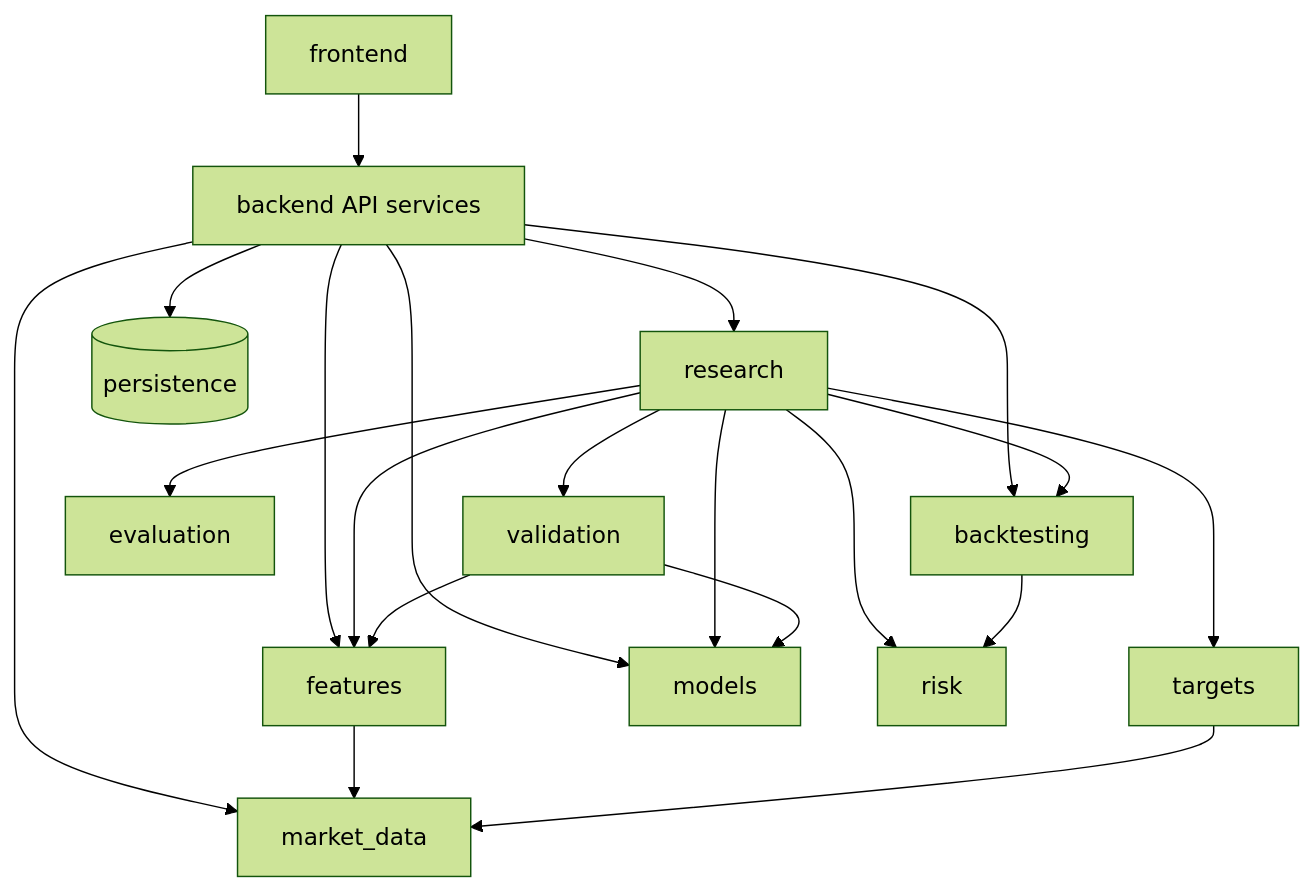
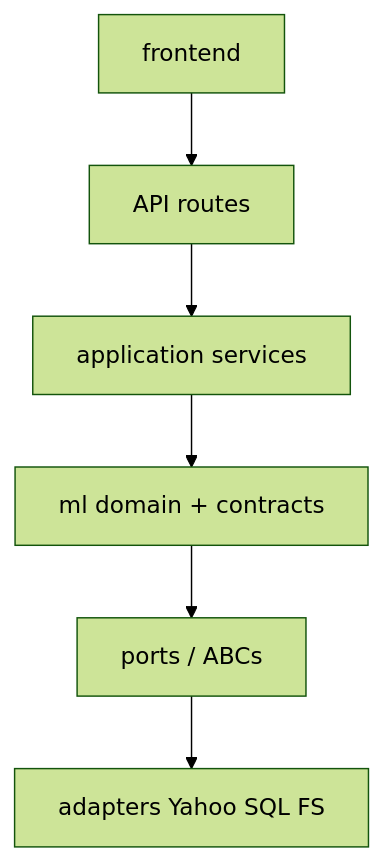
One commit to Hypersb/stock-price-prediction-with-lsmt changed the diagram in docs/startup/DOMAIN_BOUNDARIES.md. Above: the diagram before and after it, drawn with Mermaid (forest theme). The commit also changed other lines of this file and 3 other files, not shown here.

````diff
--- a/docs/startup/DOMAIN_BOUNDARIES.md
+++ b/docs/startup/DOMAIN_BOUNDARIES.md
@@ -109,23 +93,11 @@
 ```mermaid
 flowchart TD
-    API[backend API services]
     FE[frontend]
-    MD[market_data]
-    FEAT[features]
-    TGT[targets]
-    MOD[models]
-    VAL[validation]
-    EVAL[evaluation]
-    BT[backtesting]
-    RISK[risk]
-    RES[research]
-    DB[(persistence)]
+    API[API routes]
+    APP[application services]
+    DOM[ml domain + contracts]
+    PORTS[ports / ABCs]
+    ADAPT[adapters Yahoo SQL FS]
 
-    FE --> API
-    API --> MD & FEAT & RES & MOD & BT & DB
-    RES --> FEAT & TGT & MOD & VAL & EVAL & BT & RISK
-    VAL --> MOD & FEAT
-    BT --> RISK
-    FEAT --> MD
-    TGT --> MD
+    FE --> API --> APP --> DOM --> PORTS --> ADAPT
 ```
````
